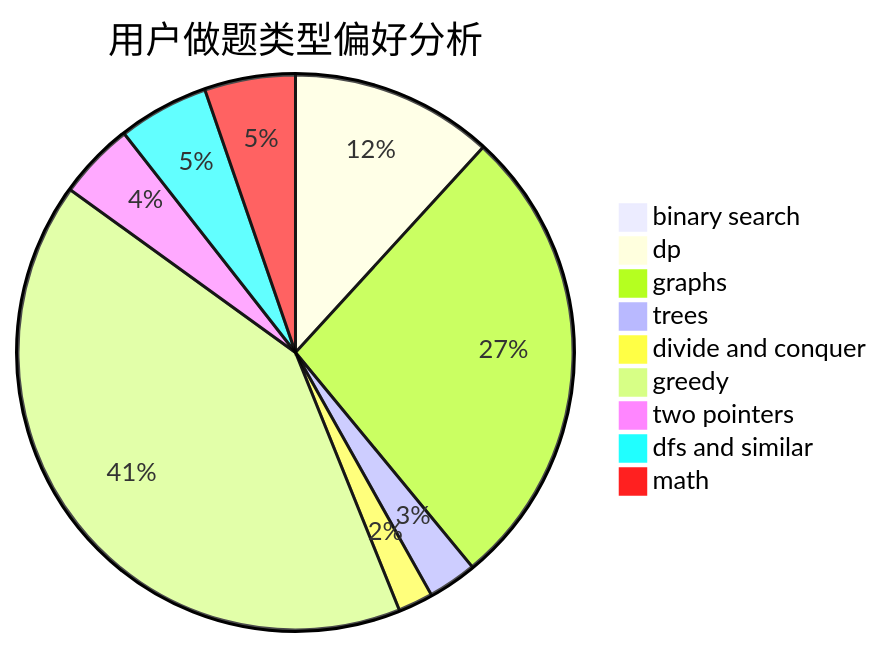
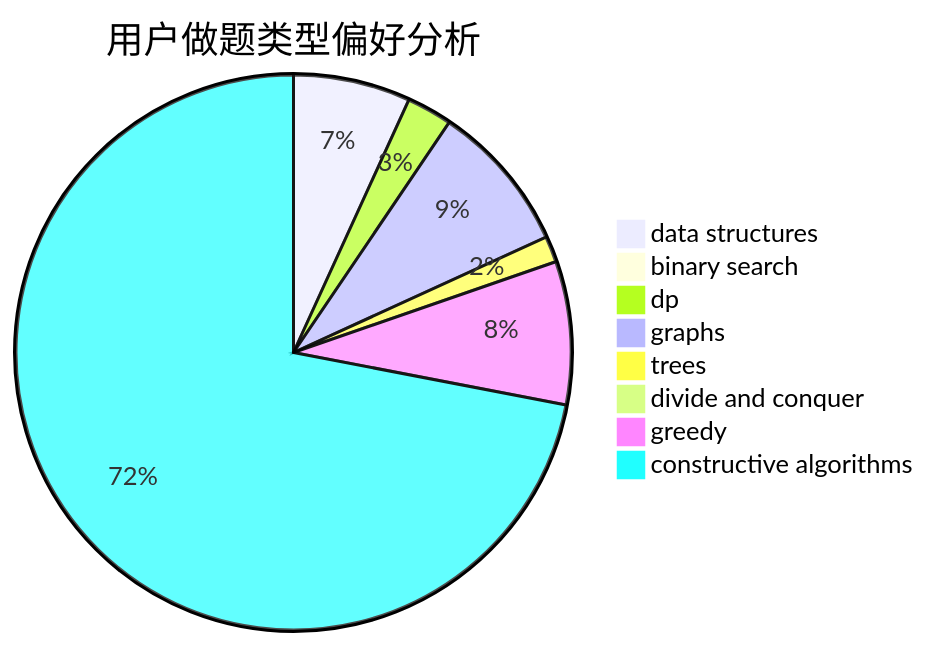
Before and after one commit to sherpahu/cfrs.github.io: the second of 3 diagrams in docs/user/u2525.md, drawn with Mermaid. The commit also changed other lines of this file and 2775 other files, not shown here.

````diff
--- a/docs/user/u2525.md
+++ b/docs/user/u2525.md
@@ -23,12 +23,11 @@
 ```mermaid
 pie title 用户做题类型偏好分析
+    "data structures" :  18
     "binary search" :  0
-    "dp" :  29
-    "graphs" :  67
-    "trees" :  7
-    "divide and conquer" :  5
-    "greedy" :  101
-    "two pointers" :  11
-    "dfs and similar" :  13
-    "math" :  13
+    "dp" :  7
+    "graphs" :  23
+    "trees" :  4
+    "divide and conquer" :  0
+    "greedy" :  22
+    "constructive algorithms" :  190
 ```
````
